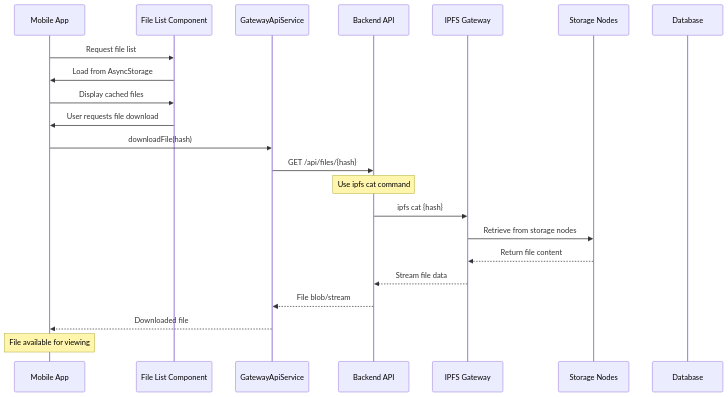
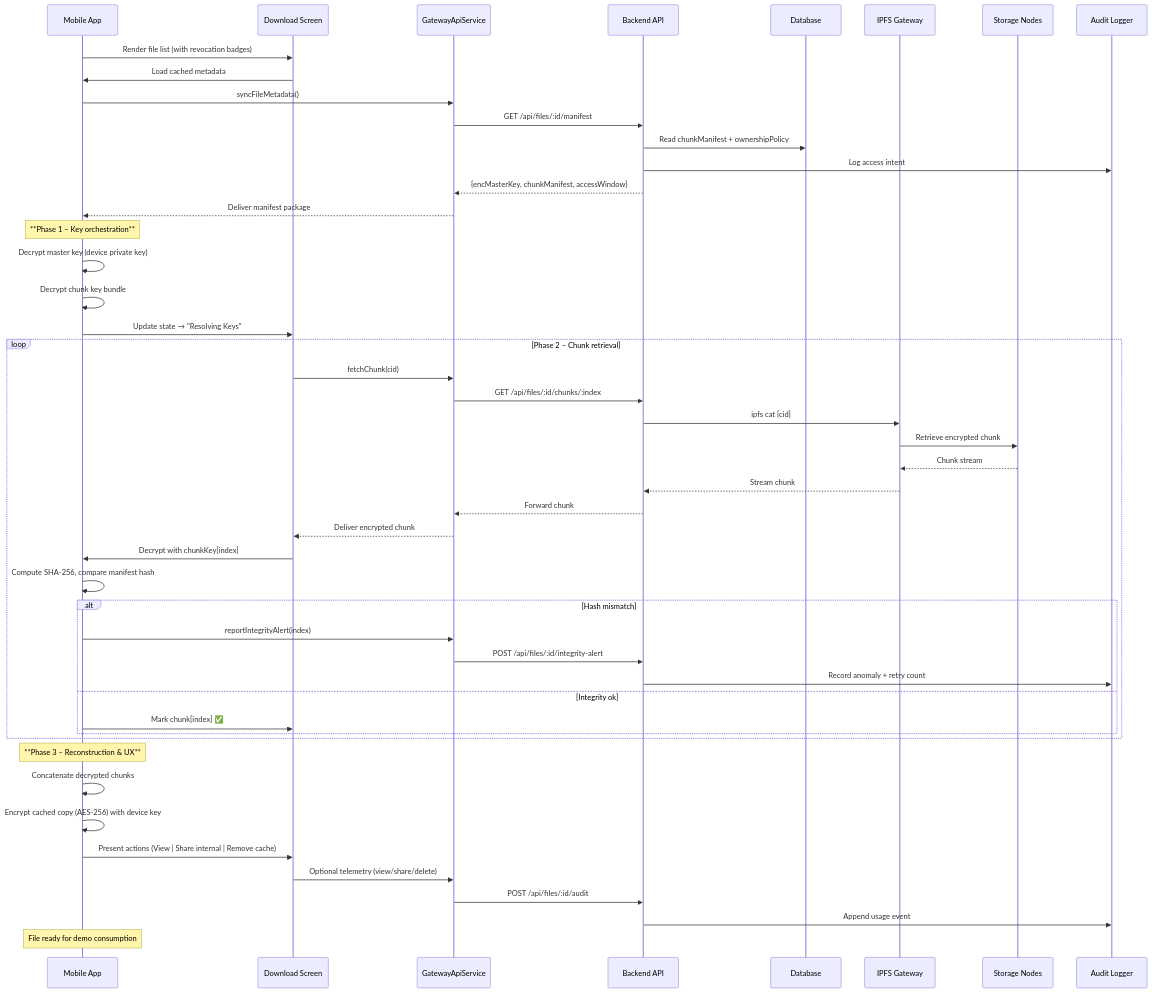
Diagram 14 of 27 in SYSTEM_ARCHITECTURE.md (nguyenphuc22/ipfs-sandbox), drawn with Mermaid before and after one commit. The commit also changed other lines of this file and 2 other files, not shown here.

Commit message:
Enhance download flow in New_Thesis.md with demo-ready phases; implement access negotiation, key orchestration, chunk retrieval with integrity checks, and user experience improvements. Update SYSTEM_ARCHITECTURE.md to reflect new download process and UI components.

````diff
--- a/SYSTEM_ARCHITECTURE.md
+++ b/SYSTEM_ARCHITECTURE.md
@@ -385,28 +402,55 @@
 ```mermaid
 sequenceDiagram
     participant M as Mobile App
-    participant UI as File List Component
+    participant UI as Download Screen
     participant S as GatewayApiService
     participant B as Backend API  
+    participant D as Database
     participant I as IPFS Gateway
     participant N as Storage Nodes
-    participant D as Database
+    participant L as Audit Logger
 
-    M->>UI: Request file list
-    UI->>M: Load from AsyncStorage
-    M->>UI: Display cached files
-    
-    UI->>M: User requests file download
-    M->>S: downloadFile(hash)
-    S->>B: GET /api/files/{hash}
-    
-    Note over B: Use ipfs cat command
-    B->>I: ipfs cat {hash}
-    I->>N: Retrieve from storage nodes
-    N-->>I: Return file content
-    I-->>B: Stream file data
-    B-->>S: File blob/stream
-    S-->>M: Downloaded file
-    
-    Note over M: File available for viewing
+    M->>UI: Render file list (with revocation badges)
+    UI->>M: Load cached metadata
+    M->>S: syncFileMetadata()
+    S->>B: GET /api/files/:id/manifest
+    B->>D: Read chunkManifest + ownershipPolicy
+    B->>L: Log access intent
+    B-->>S: {encMasterKey, chunkManifest, accessWindow}
+    S-->>M: Deliver manifest package
+
+    Note over M: **Phase 1 – Key orchestration**
+    M->>M: Decrypt master key (device private key)
+    M->>M: Decrypt chunk key bundle
+    M->>UI: Update state → "Resolving Keys"
+
+    loop Phase 2 – Chunk retrieval
+        UI->>S: fetchChunk(cid)
+        S->>B: GET /api/files/:id/chunks/:index
+        B->>I: ipfs cat {cid}
+        I->>N: Retrieve encrypted chunk
+        N-->>I: Chunk stream
+        I-->>B: Stream chunk
+        B-->>S: Forward chunk
+        S-->>UI: Deliver encrypted chunk
+        UI->>M: Decrypt with chunkKey[index]
+        M->>M: Compute SHA-256, compare manifest hash
+        alt Hash mismatch
+            M->>S: reportIntegrityAlert(index)
+            S->>B: POST /api/files/:id/integrity-alert
+            B->>L: Record anomaly + retry count
+        else Integrity ok
+            M->>UI: Mark chunk[index] ✅
+        end
+    end
+
+    Note over M: **Phase 3 – Reconstruction & UX**
+    M->>M: Concatenate decrypted chunks
+    M->>M: Encrypt cached copy (AES-256) with device key
+    M->>UI: Present actions (View | Share internal | Remove cache)
+    UI->>S: Optional telemetry (view/share/delete)
+    S->>B: POST /api/files/:id/audit
+    B->>L: Append usage event
+
+    Note over M: File ready for demo consumption
 ```
````
